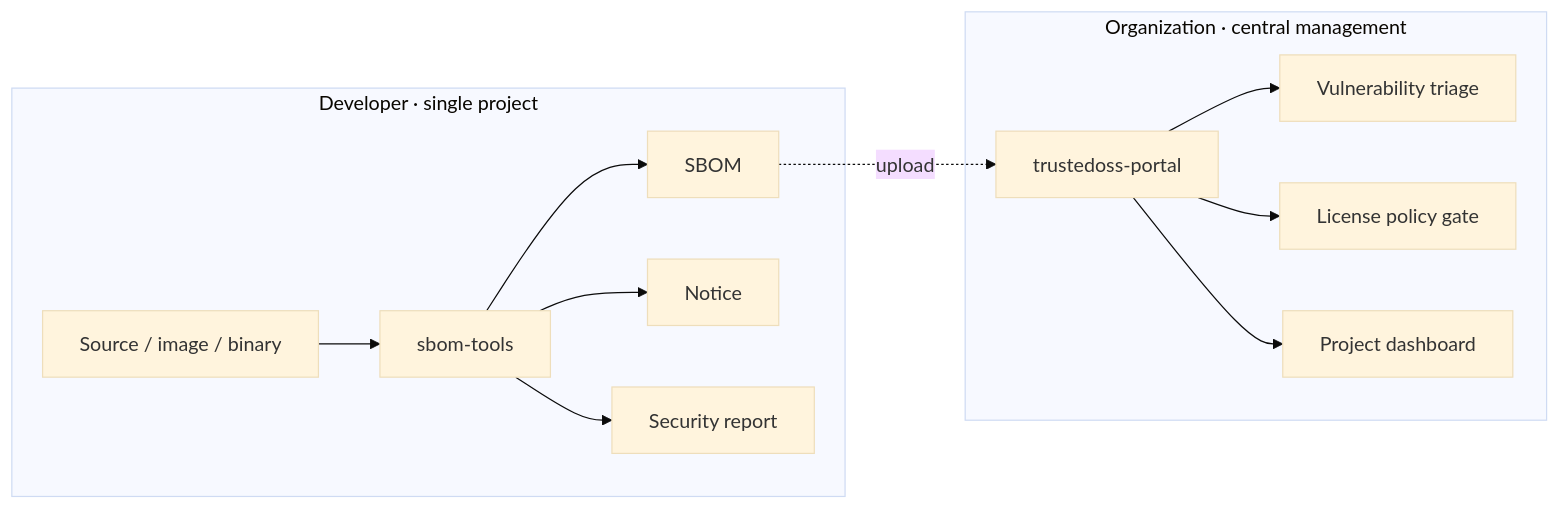
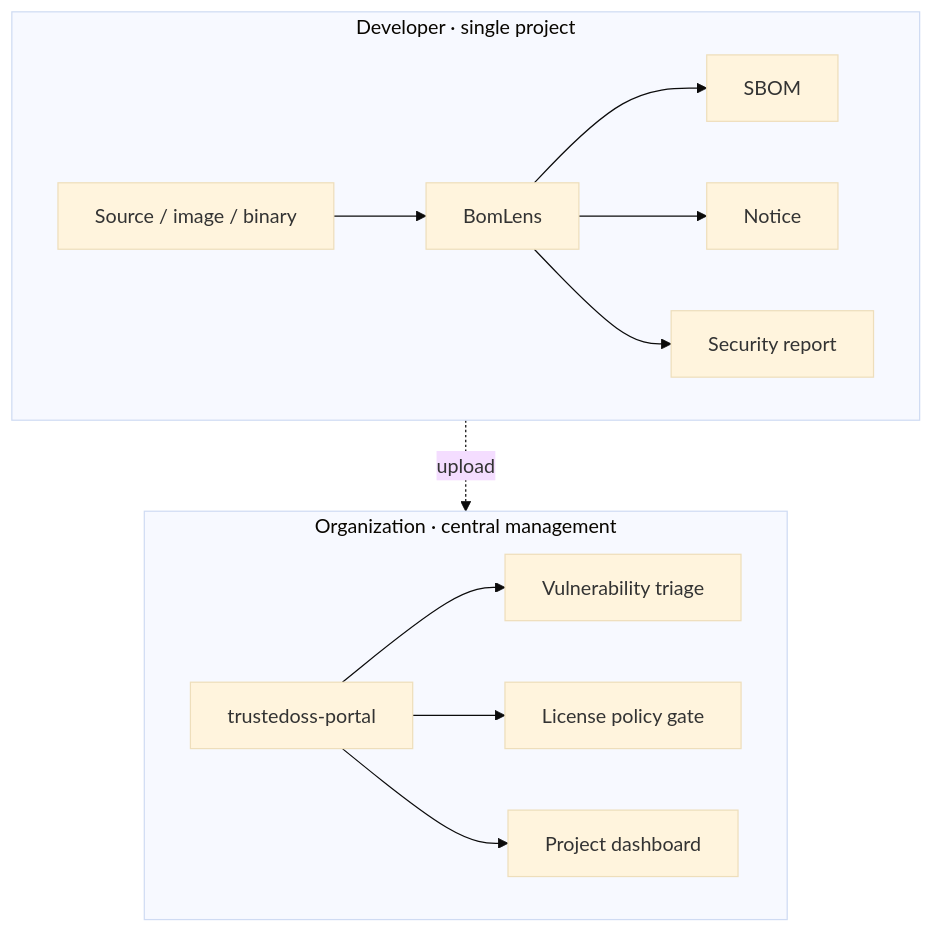
One commit to sktelecom/bomlens changed the sixth of 6 diagrams in docs/architecture.en.md. Above: the diagram before and after it, drawn with Mermaid (base theme). The commit also changed other lines of this file and 1 other file, not shown here.

Commit message:
docs(architecture): stack wide mermaid diagrams vertically for readability
The overview and role-split diagrams placed two subgraphs side by side
(flowchart LR), so the SVG was scaled down to fit the content column
and node labels became unreadable. Switch the outer flow to TB so each
subgraph renders at natural size. Also rename the sbom-tools node
label to BomLens. Applied to both the Korean and English pages.

````diff
--- a/docs/architecture.en.md
+++ b/docs/architecture.en.md
@@ -368,15 +368,17 @@
 ```mermaid
-flowchart LR
+flowchart TB
     subgraph dev["Developer · single project"]
-        A["Source / image / binary"] --> B["sbom-tools"]
+        direction LR
+        A["Source / image / binary"] --> B["BomLens"]
         B --> C["SBOM"]
         B --> D["Notice"]
         B --> E["Security report"]
     end
     subgraph org["Organization · central management"]
-        C -. upload .-> F["trustedoss-portal"]
-        F --> G["Vulnerability triage"]
+        direction LR
+        F["trustedoss-portal"] --> G["Vulnerability triage"]
         F --> H["License policy gate"]
         F --> I["Project dashboard"]
     end
+    C -. upload .-> F
 ```
````
